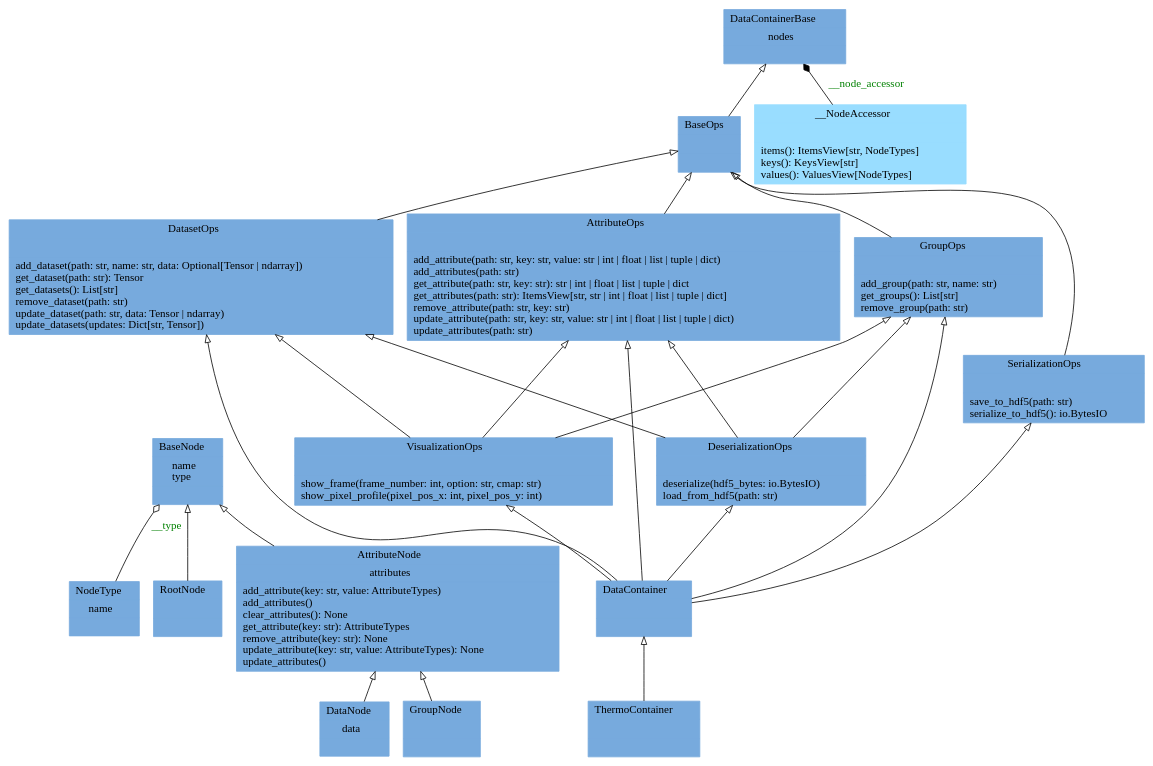
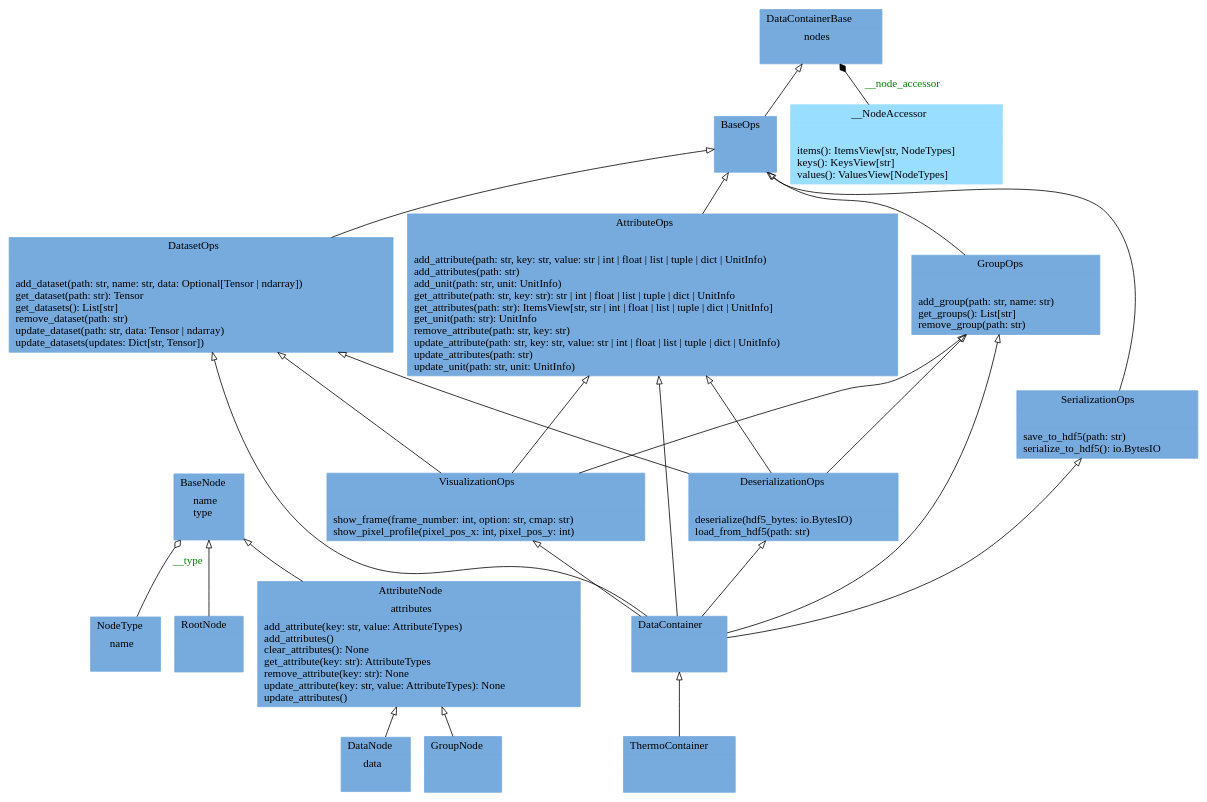
The diagram in docs/pyreverse/classes_pythermondt.data.datacontainer.gv (voidsy-gmbh/pyThermoNDT), drawn with Graphviz before and after one commit. The commit also changed 9 other files, not shown here.

Commit message:
Update pyreverse diagrams

```diff
--- a/docs/pyreverse/classes_pythermondt.data.datacontainer.gv
+++ b/docs/pyreverse/classes_pythermondt.data.datacontainer.gv
@@ -1,45 +1,45 @@
 digraph "classes_pythermondt.data.datacontainer" {
 rankdir=BT
 charset="utf-8"
 "pythermondt.data.datacontainer.node.AttributeNode" [color="#77AADD", fontcolor="black", label=<{AttributeNode|attributes<br ALIGN="LEFT"/>|add_attribute(key: str, value: AttributeTypes)<br ALIGN="LEFT"/>add_attributes()<br ALIGN="LEFT"/>clear_attributes(): None<br ALIGN="LEFT"/>get_attribute(key: str): AttributeTypes<br ALIGN="LEFT"/>remove_attribute(key: str): None<br ALIGN="LEFT"/>update_attribute(key: str, value: AttributeTypes): None<br ALIGN="LEFT"/>update_attributes()<br ALIGN="LEFT"/>}>, shape="record", style="filled"];
-"pythermondt.data.datacontainer.attribute_ops.AttributeOps" [color="#77AADD", fontcolor="black", label=<{AttributeOps|<br ALIGN="LEFT"/>|add_attribute(path: str, key: str, value: str \| int \| float \| list \| tuple \| dict)<br ALIGN="LEFT"/>add_attributes(path: str)<br ALIGN="LEFT"/>get_attribute(path: str, key: str): str \| int \| float \| list \| tuple \| dict<br ALIGN="LEFT"/>get_attributes(path: str): ItemsView[str, str \| int \| float \| list \| tuple \| dict]<br ALIGN="LEFT"/>remove_attribute(path: str, key: str)<br ALIGN="LEFT"/>update_attribute(path: str, key: str, value: str \| int \| float \| list \| tuple \| dict)<br ALIGN="LEFT"/>update_attributes(path: str)<br ALIGN="LEFT"/>}>, shape="record", style="filled"];
+"pythermondt.data.datacontainer.attribute_ops.AttributeOps" [color="#77AADD", fontcolor="black", label=<{AttributeOps|<br ALIGN="LEFT"/>|add_attribute(path: str, key: str, value: str \| int \| float \| list \| tuple \| dict \| UnitInfo)<br ALIGN="LEFT"/>add_attributes(path: str)<br ALIGN="LEFT"/>add_unit(path: str, unit: UnitInfo)<br ALIGN="LEFT"/>get_attribute(path: str, key: str): str \| int \| float \| list \| tuple \| dict \| UnitInfo<br ALIGN="LEFT"/>get_attributes(path: str): ItemsView[str, str \| int \| float \| list \| tuple \| dict \| UnitInfo]<br ALIGN="LEFT"/>get_unit(path: str): UnitInfo<br ALIGN="LEFT"/>remove_attribute(path: str, key: str)<br ALIGN="LEFT"/>update_attribute(path: str, key: str, value: str \| int \| float \| list \| tuple \| dict \| UnitInfo)<br ALIGN="LEFT"/>update_attributes(path: str)<br ALIGN="LEFT"/>update_unit(path: str, unit: UnitInfo)<br ALIGN="LEFT"/>}>, shape="record", style="filled"];
 "pythermondt.data.datacontainer.node.BaseNode" [color="#77AADD", fontcolor="black", label=<{BaseNode|name<br ALIGN="LEFT"/>type<br ALIGN="LEFT"/>|}>, shape="record", style="filled"];
 "pythermondt.data.datacontainer.base.BaseOps" [color="#77AADD", fontcolor="black", label=<{BaseOps|<br ALIGN="LEFT"/>|}>, shape="record", style="filled"];
 "pythermondt.data.datacontainer.core.DataContainer" [color="#77AADD", fontcolor="black", label=<{DataContainer|<br ALIGN="LEFT"/>|}>, shape="record", style="filled"];
 "pythermondt.data.datacontainer.base.DataContainerBase" [color="#77AADD", fontcolor="black", label=<{DataContainerBase|nodes<br ALIGN="LEFT"/>|}>, shape="record", style="filled"];
 "pythermondt.data.datacontainer.node.DataNode" [color="#77AADD", fontcolor="black", label=<{DataNode|data<br ALIGN="LEFT"/>|}>, shape="record", style="filled"];
 "pythermondt.data.datacontainer.dataset_ops.DatasetOps" [color="#77AADD", fontcolor="black", label=<{DatasetOps|<br ALIGN="LEFT"/>|add_dataset(path: str, name: str, data: Optional[Tensor \| ndarray])<br ALIGN="LEFT"/>get_dataset(path: str): Tensor<br ALIGN="LEFT"/>get_datasets(): List[str]<br ALIGN="LEFT"/>remove_dataset(path: str)<br ALIGN="LEFT"/>update_dataset(path: str, data: Tensor \| ndarray)<br ALIGN="LEFT"/>update_datasets(updates: Dict[str, Tensor])<br ALIGN="LEFT"/>}>, shape="record", style="filled"];
 "pythermondt.data.datacontainer.serialization_ops.DeserializationOps" [color="#77AADD", fontcolor="black", label=<{DeserializationOps|<br ALIGN="LEFT"/>|deserialize(hdf5_bytes: io.BytesIO)<br ALIGN="LEFT"/>load_from_hdf5(path: str)<br ALIGN="LEFT"/>}>, shape="record", style="filled"];
 "pythermondt.data.datacontainer.node.GroupNode" [color="#77AADD", fontcolor="black", label=<{GroupNode|<br ALIGN="LEFT"/>|}>, shape="record", style="filled"];
 "pythermondt.data.datacontainer.group_ops.GroupOps" [color="#77AADD", fontcolor="black", label=<{GroupOps|<br ALIGN="LEFT"/>|add_group(path: str, name: str)<br ALIGN="LEFT"/>get_groups(): List[str]<br ALIGN="LEFT"/>remove_group(path: str)<br ALIGN="LEFT"/>}>, shape="record", style="filled"];
 "pythermondt.data.datacontainer.node.NodeType" [color="#77AADD", fontcolor="black", label=<{NodeType|name<br ALIGN="LEFT"/>|}>, shape="record", style="filled"];
 "pythermondt.data.datacontainer.node.RootNode" [color="#77AADD", fontcolor="black", label=<{RootNode|<br ALIGN="LEFT"/>|}>, shape="record", style="filled"];
 "pythermondt.data.datacontainer.serialization_ops.SerializationOps" [color="#77AADD", fontcolor="black", label=<{SerializationOps|<br ALIGN="LEFT"/>|save_to_hdf5(path: str)<br ALIGN="LEFT"/>serialize_to_hdf5(): io.BytesIO<br ALIGN="LEFT"/>}>, shape="record", style="filled"];
 "pythermondt.data.datacontainer.core.ThermoContainer" [color="#77AADD", fontcolor="black", label=<{ThermoContainer|<br ALIGN="LEFT"/>|}>, shape="record", style="filled"];
 "pythermondt.data.datacontainer.visualization_ops.VisualizationOps" [color="#77AADD", fontcolor="black", label=<{VisualizationOps|<br ALIGN="LEFT"/>|show_frame(frame_number: int, option: str, cmap: str)<br ALIGN="LEFT"/>show_pixel_profile(pixel_pos_x: int, pixel_pos_y: int)<br ALIGN="LEFT"/>}>, shape="record", style="filled"];
 "pythermondt.data.datacontainer.base.DataContainerBase.__NodeAccessor" [color="#99DDFF", fontcolor="black", label=<{__NodeAccessor|<br ALIGN="LEFT"/>|items(): ItemsView[str, NodeTypes]<br ALIGN="LEFT"/>keys(): KeysView[str]<br ALIGN="LEFT"/>values(): ValuesView[NodeTypes]<br ALIGN="LEFT"/>}>, shape="record", style="filled"];
 "pythermondt.data.datacontainer.attribute_ops.AttributeOps" -> "pythermondt.data.datacontainer.base.BaseOps" [arrowhead="empty", arrowtail="none"];
 "pythermondt.data.datacontainer.base.BaseOps" -> "pythermondt.data.datacontainer.base.DataContainerBase" [arrowhead="empty", arrowtail="none"];
 "pythermondt.data.datacontainer.core.DataContainer" -> "pythermondt.data.datacontainer.attribute_ops.AttributeOps" [arrowhead="empty", arrowtail="none"];
 "pythermondt.data.datacontainer.core.DataContainer" -> "pythermondt.data.datacontainer.dataset_ops.DatasetOps" [arrowhead="empty", arrowtail="none"];
 "pythermondt.data.datacontainer.core.DataContainer" -> "pythermondt.data.datacontainer.group_ops.GroupOps" [arrowhead="empty", arrowtail="none"];
 "pythermondt.data.datacontainer.core.DataContainer" -> "pythermondt.data.datacontainer.serialization_ops.DeserializationOps" [arrowhead="empty", arrowtail="none"];
 "pythermondt.data.datacontainer.core.DataContainer" -> "pythermondt.data.datacontainer.serialization_ops.SerializationOps" [arrowhead="empty", arrowtail="none"];
 "pythermondt.data.datacontainer.core.DataContainer" -> "pythermondt.data.datacontainer.visualization_ops.VisualizationOps" [arrowhead="empty", arrowtail="none"];
 "pythermondt.data.datacontainer.core.ThermoContainer" -> "pythermondt.data.datacontainer.core.DataContainer" [arrowhead="empty", arrowtail="none"];
 "pythermondt.data.datacontainer.dataset_ops.DatasetOps" -> "pythermondt.data.datacontainer.base.BaseOps" [arrowhead="empty", arrowtail="none"];
 "pythermondt.data.datacontainer.group_ops.GroupOps" -> "pythermondt.data.datacontainer.base.BaseOps" [arrowhead="empty", arrowtail="none"];
 "pythermondt.data.datacontainer.node.AttributeNode" -> "pythermondt.data.datacontainer.node.BaseNode" [arrowhead="empty", arrowtail="none"];
 "pythermondt.data.datacontainer.node.DataNode" -> "pythermondt.data.datacontainer.node.AttributeNode" [arrowhead="empty", arrowtail="none"];
 "pythermondt.data.datacontainer.node.GroupNode" -> "pythermondt.data.datacontainer.node.AttributeNode" [arrowhead="empty", arrowtail="none"];
 "pythermondt.data.datacontainer.node.RootNode" -> "pythermondt.data.datacontainer.node.BaseNode" [arrowhead="empty", arrowtail="none"];
 "pythermondt.data.datacontainer.serialization_ops.DeserializationOps" -> "pythermondt.data.datacontainer.attribute_ops.AttributeOps" [arrowhead="empty", arrowtail="none"];
 "pythermondt.data.datacontainer.serialization_ops.DeserializationOps" -> "pythermondt.data.datacontainer.dataset_ops.DatasetOps" [arrowhead="empty", arrowtail="none"];
 "pythermondt.data.datacontainer.serialization_ops.DeserializationOps" -> "pythermondt.data.datacontainer.group_ops.GroupOps" [arrowhead="empty", arrowtail="none"];
 "pythermondt.data.datacontainer.serialization_ops.SerializationOps" -> "pythermondt.data.datacontainer.base.BaseOps" [arrowhead="empty", arrowtail="none"];
 "pythermondt.data.datacontainer.visualization_ops.VisualizationOps" -> "pythermondt.data.datacontainer.attribute_ops.AttributeOps" [arrowhead="empty", arrowtail="none"];
 "pythermondt.data.datacontainer.visualization_ops.VisualizationOps" -> "pythermondt.data.datacontainer.dataset_ops.DatasetOps" [arrowhead="empty", arrowtail="none"];
 "pythermondt.data.datacontainer.visualization_ops.VisualizationOps" -> "pythermondt.data.datacontainer.group_ops.GroupOps" [arrowhead="empty", arrowtail="none"];
 "pythermondt.data.datacontainer.base.DataContainerBase.__NodeAccessor" -> "pythermondt.data.datacontainer.base.DataContainerBase" [arrowhead="diamond", arrowtail="none", fontcolor="green", label="__node_accessor", style="solid"];
 "pythermondt.data.datacontainer.node.NodeType" -> "pythermondt.data.datacontainer.node.BaseNode" [arrowhead="odiamond", arrowtail="none", fontcolor="green", label="__type", style="solid"];
 }
```
